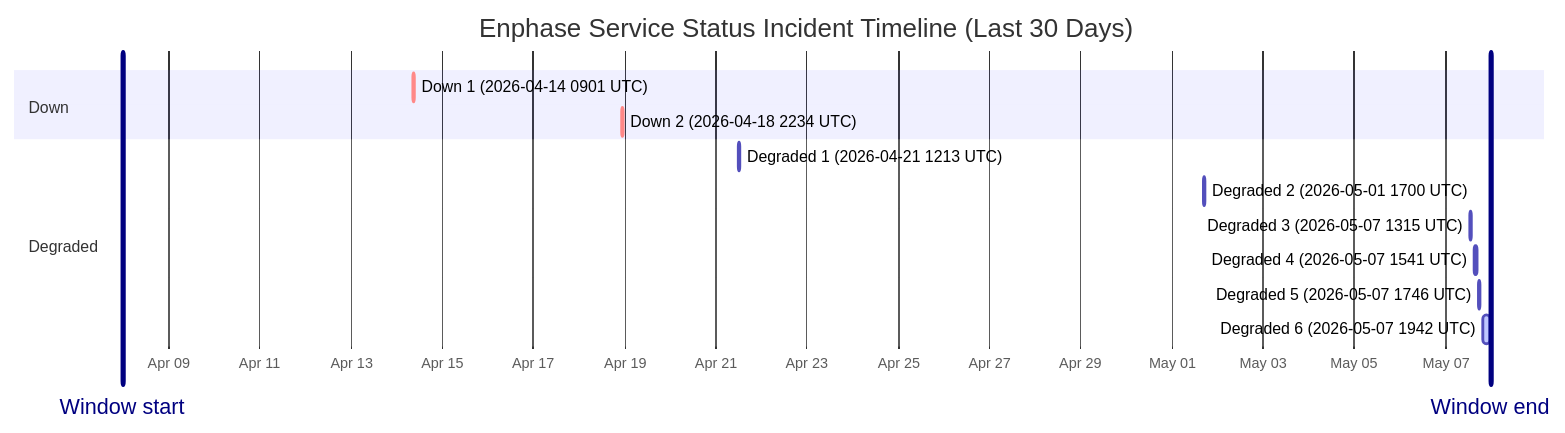
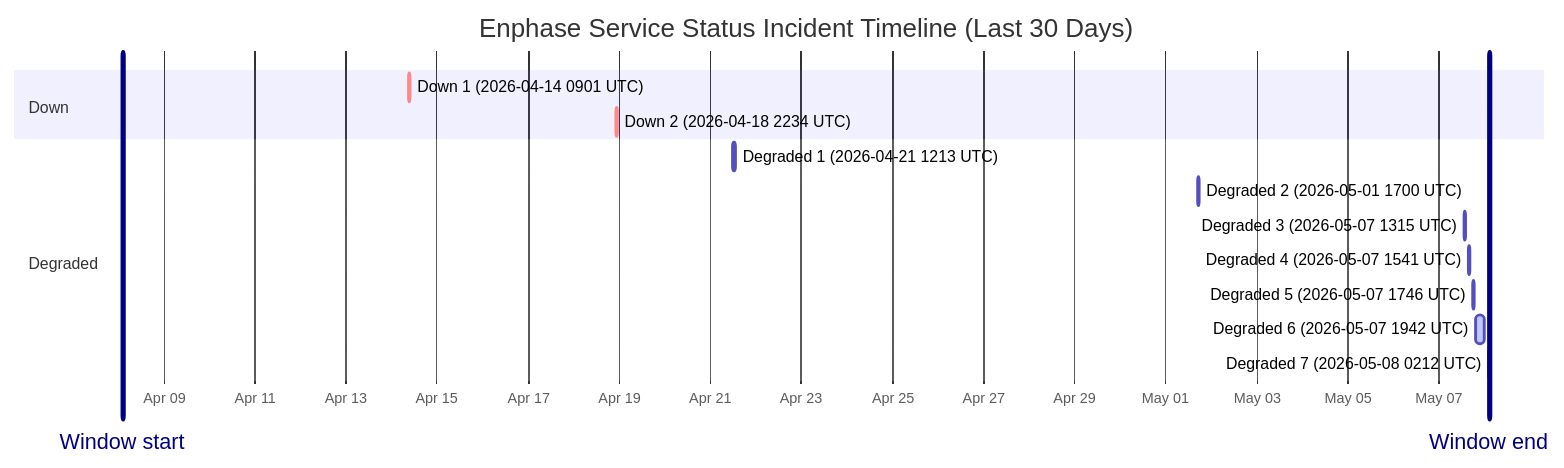
Before and after one commit to barneyonline/ha-enphase-ev-charger: the diagram in wiki/Service-Status-History.md, drawn with Mermaid. The commit also changed other lines of this file and 4 other files, not shown here.

````diff
--- a/wiki/Service-Status-History.md
+++ b/wiki/Service-Status-History.md
@@ -14,18 +14,19 @@
 ```mermaid
 gantt
     title Enphase Service Status Incident Timeline (Last 30 Days)
     dateFormat  YYYY-MM-DDTHH:mm:ss
     axisFormat  %b %d
-    Window start :vert, window-start, 2026-04-07T23:52:09, 0ms
-    Window end :vert, window-end, 2026-05-07T23:52:09, 0ms
+    Window start :vert, window-start, 2026-04-08T02:12:39, 0ms
+    Window end :vert, window-end, 2026-05-08T02:12:39, 0ms
     section Down
     Down 1 (2026-04-14 0901 UTC) :crit, down-1, 2026-04-14T09:01:13, 60m
     Down 2 (2026-04-18 2234 UTC) :crit, down-2, 2026-04-18T22:34:13, 60m
     section Degraded
     Degraded 1 (2026-04-21 1213 UTC) :active, degraded-1, 2026-04-21T12:13:11, 60m
     Degraded 2 (2026-05-01 1700 UTC) :active, degraded-2, 2026-05-01T17:00:22, 60m
     Degraded 3 (2026-05-07 1315 UTC) :active, degraded-3, 2026-05-07T13:15:25, 60m
     Degraded 4 (2026-05-07 1541 UTC) :active, degraded-4, 2026-05-07T15:41:58, 60m
     Degraded 5 (2026-05-07 1746 UTC) :active, degraded-5, 2026-05-07T17:46:51, 60m
     Degraded 6 (2026-05-07 1942 UTC) :active, degraded-6, 2026-05-07T19:42:10, 249m
+    Degraded 7 (2026-05-08 0212 UTC) :active, degraded-7, 2026-05-08T02:12:39, 60m
 ```
````
